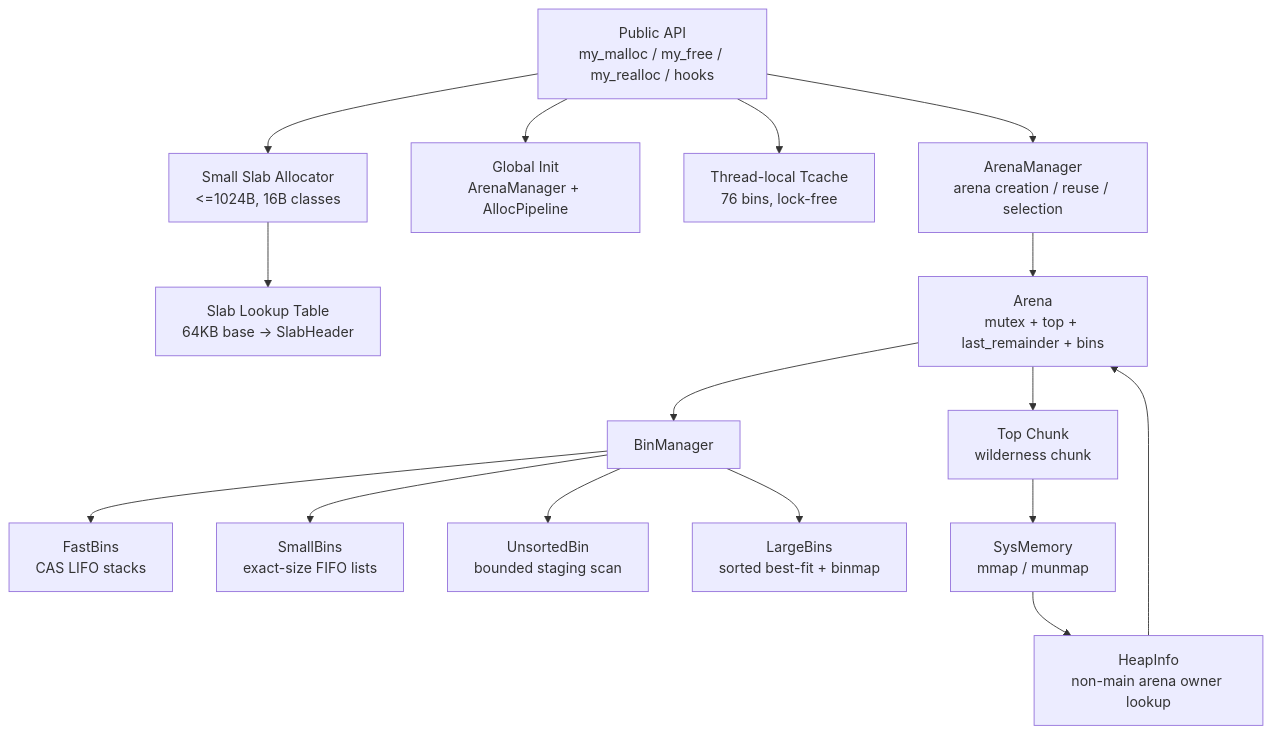
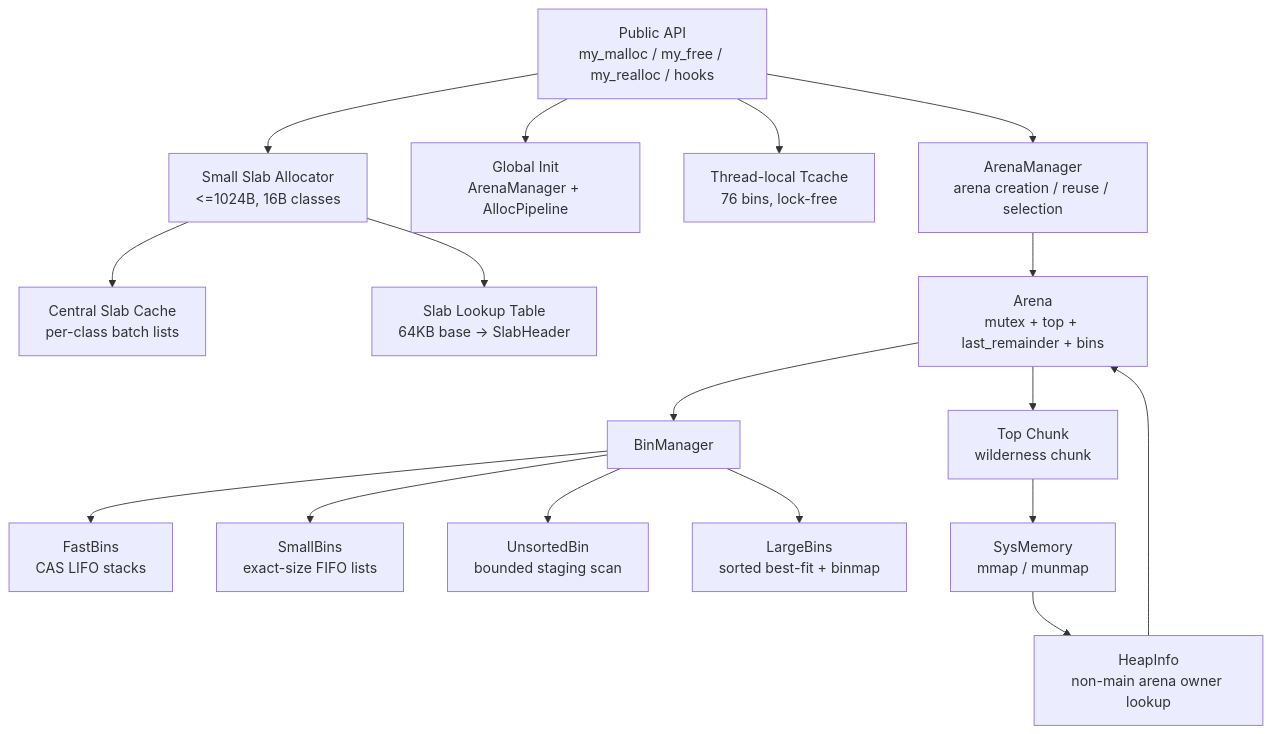
Before and after one commit to sdsasf/my_malloc: the first of 12 diagrams in docs/allocator_design.md, drawn with Mermaid. The commit also changed other lines of this file and 2 other files, not shown here.

Commit message:
Add central slab cache batching

````diff
--- a/docs/allocator_design.md
+++ b/docs/allocator_design.md
@@ -26,34 +26,36 @@
 ```mermaid
 flowchart TB
     API["Public API<br/>my_malloc / my_free / my_realloc / hooks"]
     SLAB["Small Slab Allocator<br/><=1024B, 16B classes"]
+    CENTRAL["Central Slab Cache<br/>per-class batch lists"]
     SLOOK["Slab Lookup Table<br/>64KB base -> SlabHeader"]
     Init["Global Init<br/>ArenaManager + AllocPipeline"]
     TC["Thread-local Tcache<br/>76 bins, lock-free"]
     AM["ArenaManager<br/>arena creation / reuse / selection"]
     AR["Arena<br/>mutex + top + last_remainder + bins"]
     BM["BinManager"]
     FB["FastBins<br/>CAS LIFO stacks"]
     SB["SmallBins<br/>exact-size FIFO lists"]
     UB["UnsortedBin<br/>bounded staging scan"]
     LB["LargeBins<br/>sorted best-fit + binmap"]
     TOP["Top Chunk<br/>wilderness chunk"]
     SYS["SysMemory<br/>mmap / munmap"]
     HI["HeapInfo<br/>non-main arena owner lookup"]
 
     API --> Init
     API --> SLAB
+    SLAB --> CENTRAL
     SLAB --> SLOOK
     API --> TC
     API --> AM
     AM --> AR
     AR --> BM
     BM --> FB
     BM --> SB
     BM --> UB
     BM --> LB
     AR --> TOP
     TOP --> SYS
     SYS --> HI
     HI --> AR
 ```
````
